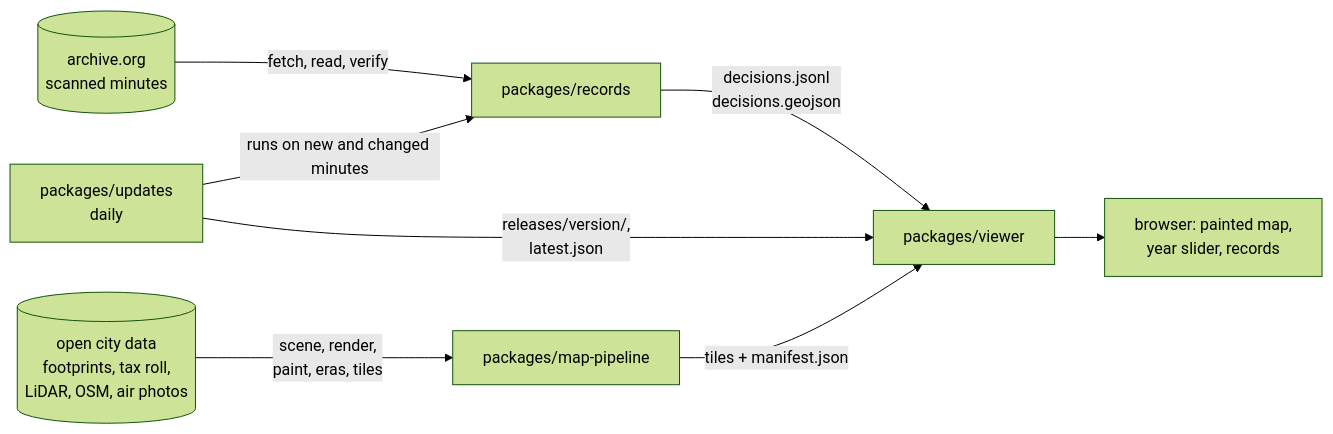
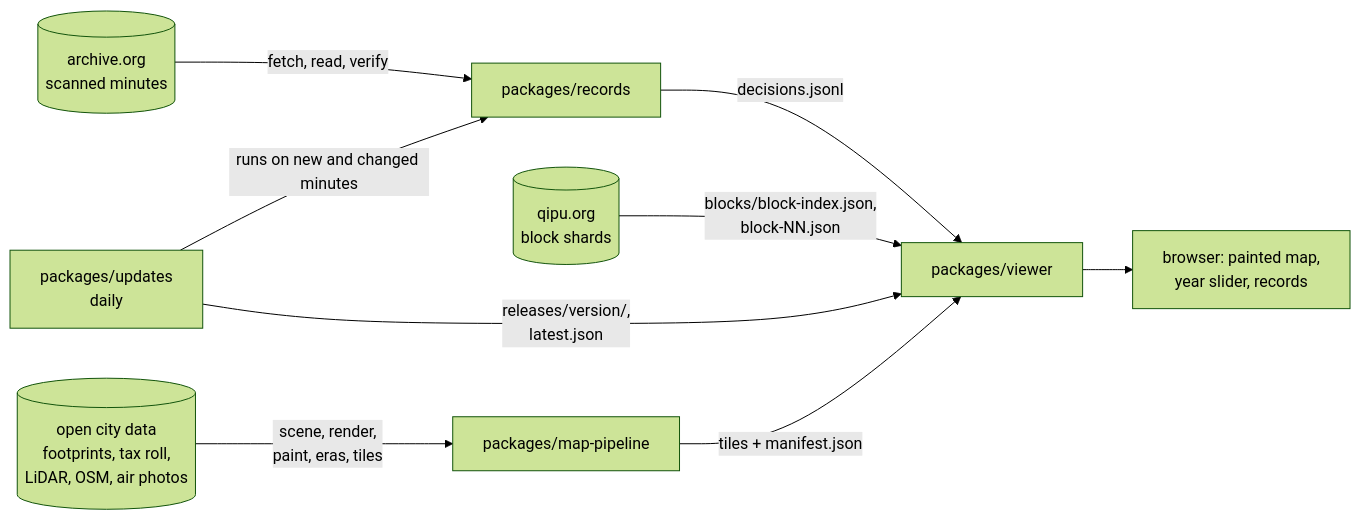
The diagram in docs/architecture.md (AbstractsMachine/qipu-vancouver), drawn with Mermaid (forest theme) before and after one commit. The commit also changed other lines of this file and 13 other files, not shown here.

First line of the commit message:
Let the viewer read packages/records' decisions.jsonl and document the block shards

````diff
--- a/docs/architecture.md
+++ b/docs/architecture.md
@@ -7,10 +7,11 @@
 ```mermaid
 flowchart LR
     IA[(archive.org<br/>scanned minutes)] -->|fetch, read, verify| R[packages/records]
-    R -->|decisions.jsonl<br/>decisions.geojson| V[packages/viewer]
+    R -->|decisions.jsonl| V[packages/viewer]
+    Q[(qipu.org<br/>block shards)] -->|blocks/block-index.json,<br/>block-NN.json| V
     U[packages/updates<br/>daily] -->|runs on new and changed minutes| R
     U -->|releases/version/,<br/>latest.json| V
     O[(open city data<br/>footprints, tax roll,<br/>LiDAR, OSM, air photos)] -->|scene, render,<br/>paint, eras, tiles| M[packages/map-pipeline]
     M -->|tiles + manifest.json| V
     V --> B[browser: painted map,<br/>year slider, records]
 ```
````
